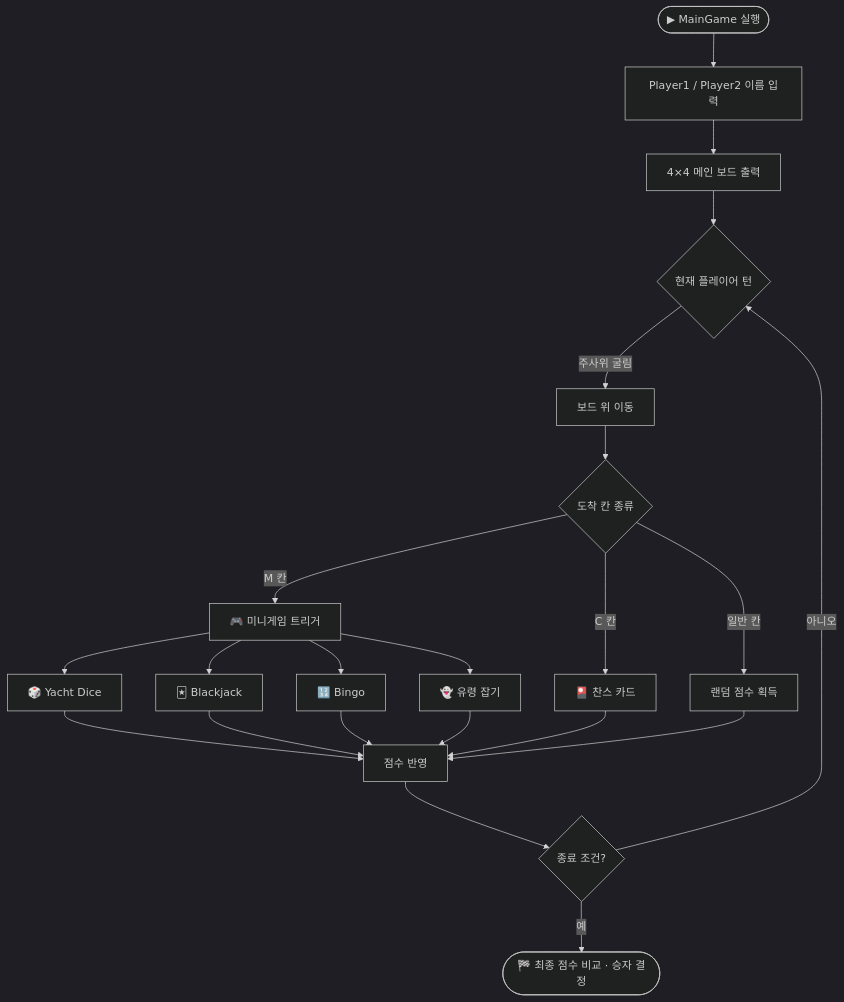
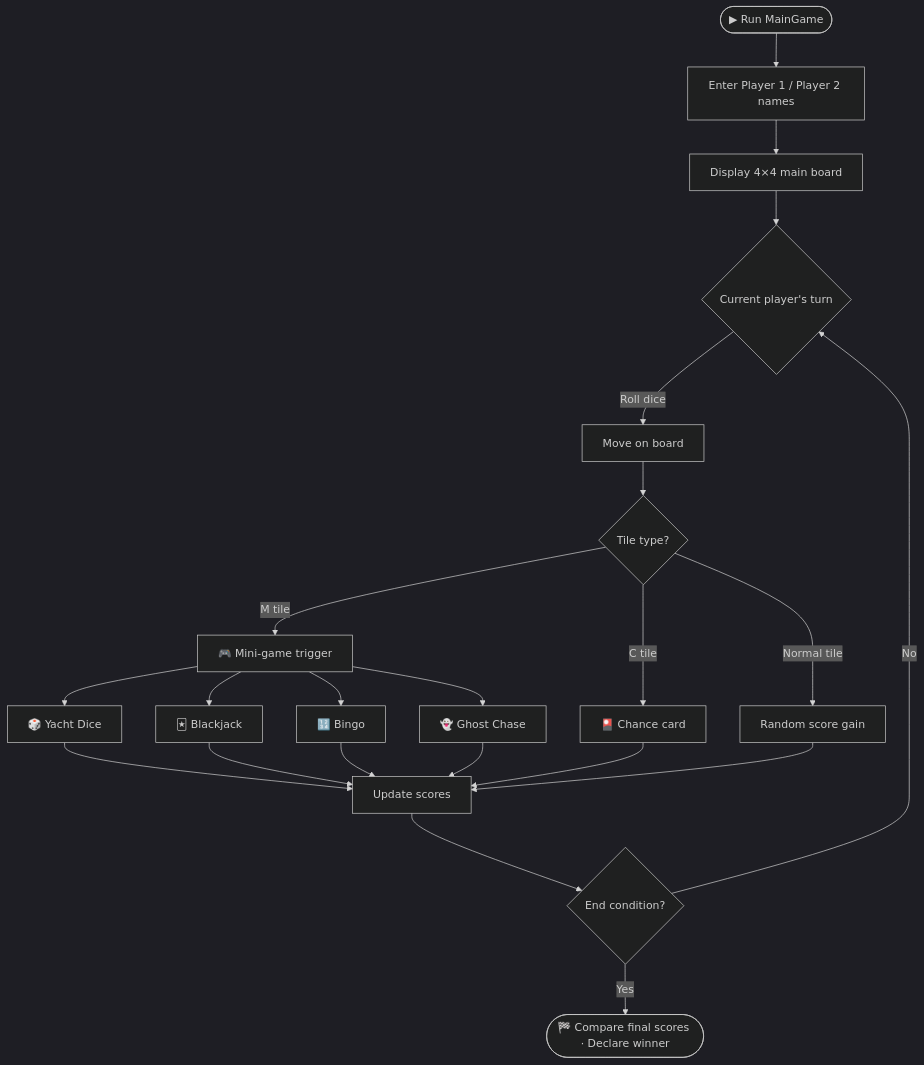
One commit to mrpc2003/javaAD changed the diagram in README.md. Above: the diagram before and after it, drawn with Mermaid (dark theme). The commit also changed other lines of this file and 1 other file, not shown here.

````diff
--- a/README.md
+++ b/README.md
@@ -147,24 +135,24 @@
 ```mermaid
 flowchart TD
-    A([▶ MainGame 실행]) --> B[Player1 / Player2 이름 입력]
-    B --> C[4×4 메인 보드 출력]
-    C --> D{현재 플레이어 턴}
-    D -->|주사위 굴림| E[보드 위 이동]
-    E --> F{도착 칸 종류}
-    F -->|M 칸| G[🎮 미니게임 트리거]
-    F -->|C 칸| H[🎴 찬스 카드]
-    F -->|일반 칸| I[랜덤 점수 획득]
+    A([▶ Run MainGame]) --> B[Enter Player 1 / Player 2 names]
+    B --> C[Display 4×4 main board]
+    C --> D{Current player's turn}
+    D -->|Roll dice| E[Move on board]
+    E --> F{Tile type?}
+    F -->|M tile| G[🎮 Mini-game trigger]
+    F -->|C tile| H[🎴 Chance card]
+    F -->|Normal tile| I[Random score gain]
     G --> G1[🎲 Yacht Dice]
     G --> G2[🃏 Blackjack]
     G --> G3[🔢 Bingo]
-    G --> G4[👻 유령 잡기]
-    G1 --> J[점수 반영]
+    G --> G4[👻 Ghost Chase]
+    G1 --> J[Update scores]
     G2 --> J
     G3 --> J
     G4 --> J
     H --> J
     I --> J
-    J --> K{종료 조건?}
-    K -->|아니오| D
-    K -->|예| L([🏁 최종 점수 비교 · 승자 결정])
+    J --> K{End condition?}
+    K -->|No| D
+    K -->|Yes| L([🏁 Compare final scores · Declare winner])
 ```
````
